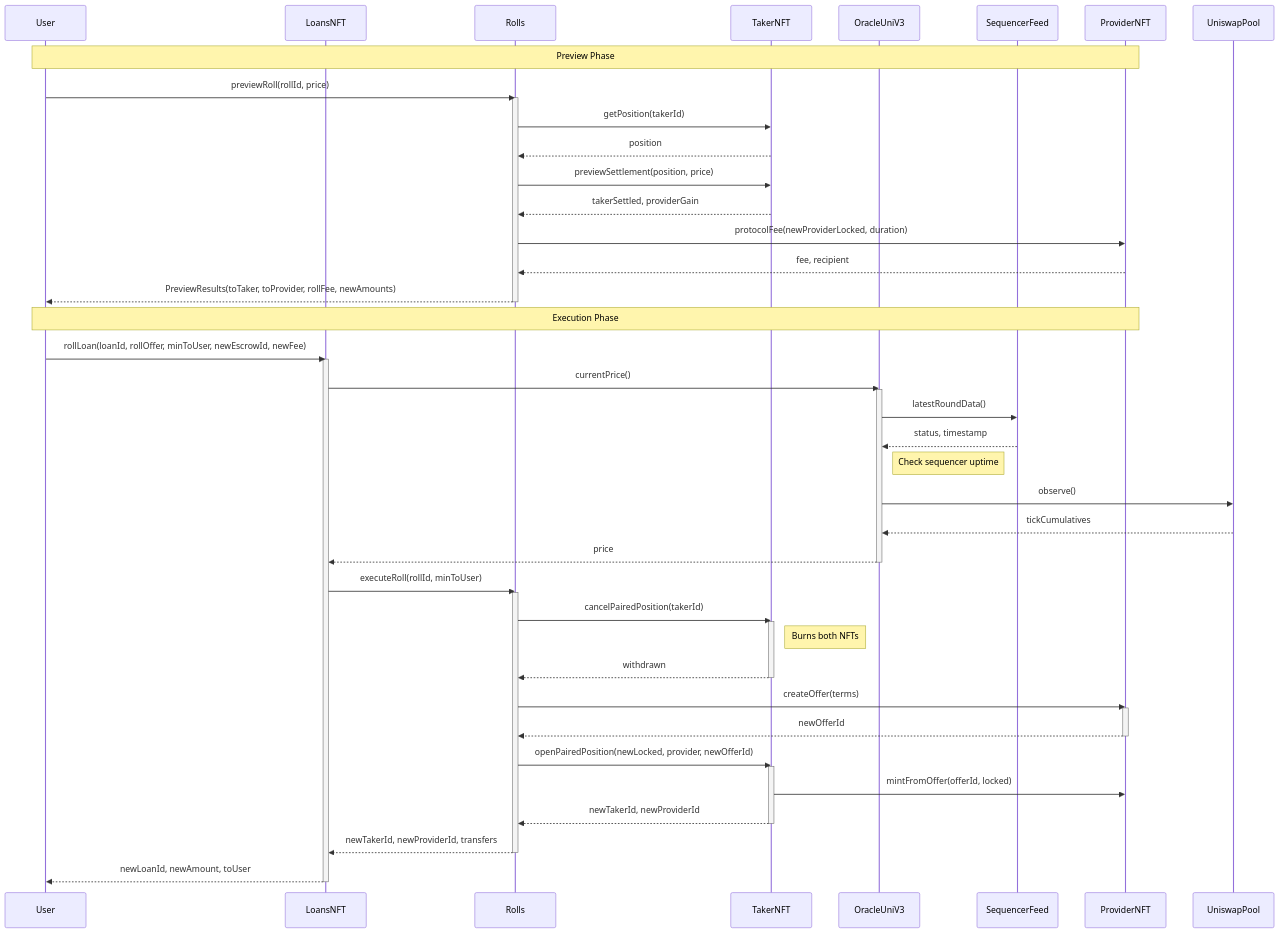
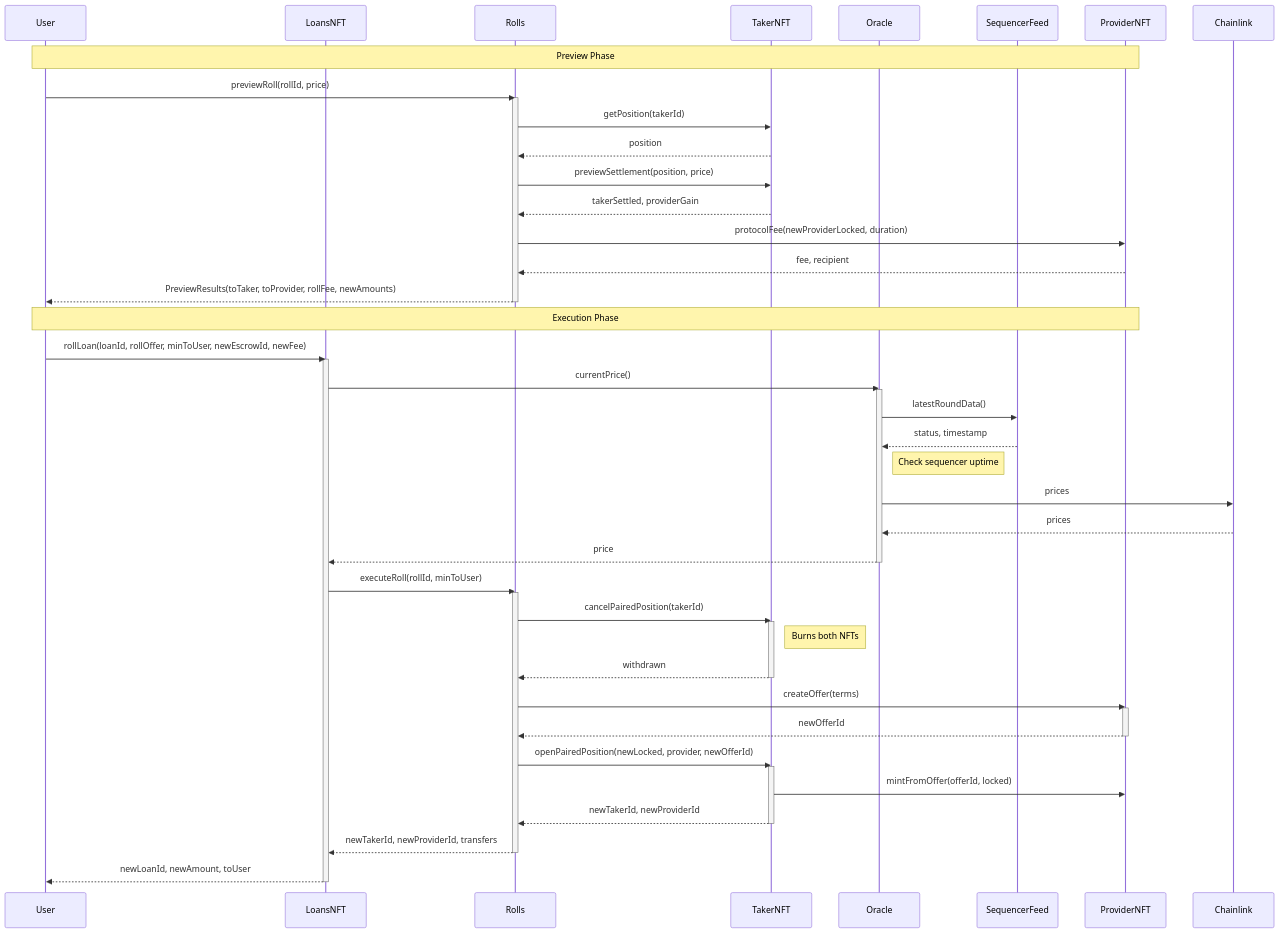
One commit to CollarNetworks/protocol-core changed the third of 5 diagrams in devdocs/diagrams.md. Above: the diagram before and after it, drawn with Mermaid. The commit also changed other lines of this file and 3 other files, not shown here.

````diff
--- a/devdocs/diagrams.md
+++ b/devdocs/diagrams.md
@@ -133,66 +132,66 @@
 ```mermaid
 sequenceDiagram
     participant User
     participant LoansNFT
     participant Rolls
     participant TakerNFT
-    participant OracleUniV3
+    participant Oracle
     participant SequencerFeed
     participant ProviderNFT
 
     Note over User,ProviderNFT: Preview Phase
     User->>Rolls: previewRoll(rollId, price)
     activate Rolls
 
     Rolls->>TakerNFT: getPosition(takerId)
     TakerNFT-->>Rolls: position
 
     Rolls->>TakerNFT: previewSettlement(position, price)
     TakerNFT-->>Rolls: takerSettled, providerGain
 
     Rolls->>ProviderNFT: protocolFee(newProviderLocked, duration)
     ProviderNFT-->>Rolls: fee, recipient
 
     Rolls-->>User: PreviewResults(toTaker, toProvider, rollFee, newAmounts)
     deactivate Rolls
 
     Note over User,ProviderNFT: Execution Phase
     User->>LoansNFT: rollLoan(loanId, rollOffer, minToUser, newEscrowId, newFee)
     activate LoansNFT
 
-    LoansNFT->>OracleUniV3: currentPrice()
-    activate OracleUniV3
-    OracleUniV3->>SequencerFeed: latestRoundData()
-    SequencerFeed-->>OracleUniV3: status, timestamp
-    Note right of OracleUniV3: Check sequencer uptime
-    OracleUniV3->>UniswapPool: observe()
-    UniswapPool-->>OracleUniV3: tickCumulatives
-    OracleUniV3-->>LoansNFT: price
-    deactivate OracleUniV3
+    LoansNFT->>Oracle: currentPrice()
+    activate Oracle
+    Oracle->>SequencerFeed: latestRoundData()
+    SequencerFeed-->>Oracle: status, timestamp
+    Note right of Oracle: Check sequencer uptime
+    Oracle->>Chainlink: prices
+    Chainlink-->>Oracle: prices
+    Oracle-->>LoansNFT: price
+    deactivate Oracle
 
     LoansNFT->>Rolls: executeRoll(rollId, minToUser)
     activate Rolls
 
     Rolls->>TakerNFT: cancelPairedPosition(takerId)
     activate TakerNFT
     Note right of TakerNFT: Burns both NFTs
     TakerNFT-->>Rolls: withdrawn
     deactivate TakerNFT
 
     Rolls->>ProviderNFT: createOffer(terms)
     activate ProviderNFT
     ProviderNFT-->>Rolls: newOfferId
     deactivate ProviderNFT
 
     Rolls->>TakerNFT: openPairedPosition(newLocked, provider, newOfferId)
     activate TakerNFT
     TakerNFT->>ProviderNFT: mintFromOffer(offerId, locked)
     TakerNFT-->>Rolls: newTakerId, newProviderId
     deactivate TakerNFT
 
     Rolls-->>LoansNFT: newTakerId, newProviderId, transfers
     deactivate Rolls
 
     LoansNFT-->>User: newLoanId, newAmount, toUser
     deactivate LoansNFT
 ```
````
